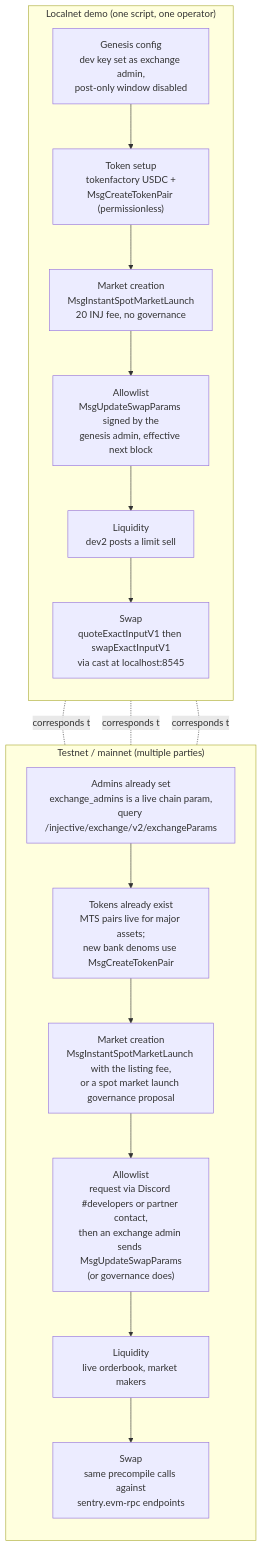
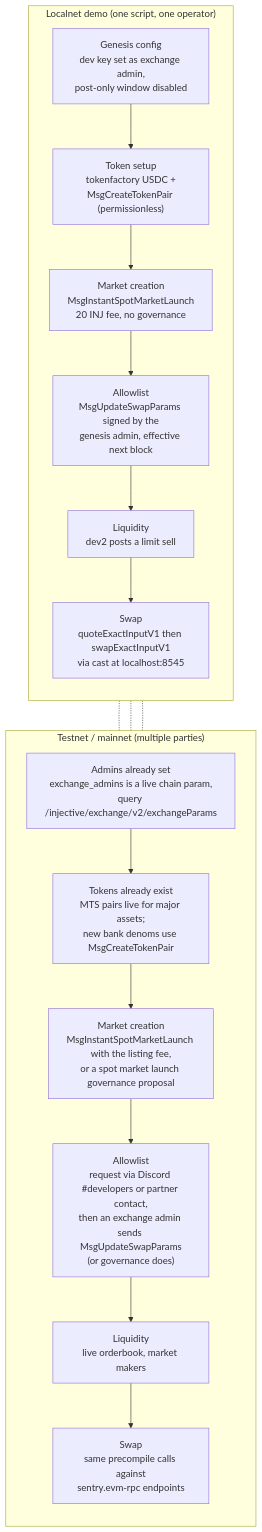
One commit to InjectiveLabs/inj-examples changed the diagram in examples/swap-precompile/README.md. Above: the diagram before and after it, drawn with Mermaid. The commit also changed other lines of this file, not shown here.

````diff
--- a/examples/swap-precompile/README.md
+++ b/examples/swap-precompile/README.md
@@ -74,26 +74,26 @@
 ```mermaid
 flowchart TB
     subgraph DEMO["Localnet demo (one script, one operator)"]
         direction TB
         D1["Genesis config<br/>dev key set as exchange admin,<br/>post-only window disabled"]
         D2["Token setup<br/>tokenfactory USDC +<br/>MsgCreateTokenPair (permissionless)"]
         D3["Market creation<br/>MsgInstantSpotMarketLaunch<br/>20 INJ fee, no governance"]
         D4["Allowlist<br/>MsgUpdateSwapParams signed by the<br/>genesis admin, effective next block"]
         D5["Liquidity<br/>dev2 posts a limit sell"]
         D6["Swap<br/>quoteExactInputV1 then swapExactInputV1<br/>via cast at localhost:8545"]
         D1 --> D2 --> D3 --> D4 --> D5 --> D6
     end
     subgraph LIVE["Testnet / mainnet (multiple parties)"]
         direction TB
         L1["Admins already set<br/>exchange_admins is a live chain param,<br/>query /injective/exchange/v2/exchangeParams"]
         L2["Tokens already exist<br/>MTS pairs live for major assets;<br/>new bank denoms use MsgCreateTokenPair"]
         L3["Market creation<br/>MsgInstantSpotMarketLaunch with the listing fee,<br/>or a spot market launch governance proposal"]
         L4["Allowlist<br/>request via Discord #developers or partner contact,<br/>then an exchange admin sends MsgUpdateSwapParams<br/>(or governance does)"]
         L5["Liquidity<br/>live orderbook, market makers"]
         L6["Swap<br/>same precompile calls against<br/>sentry.evm-rpc endpoints"]
         L1 --> L2 --> L3 --> L4 --> L5 --> L6
     end
-    D1 -.corresponds to.- L1
-    D3 -.corresponds to.- L3
-    D4 -.corresponds to.- L4
+    D1 -.- L1
+    D3 -.- L3
+    D4 -.- L4
 ```
````
